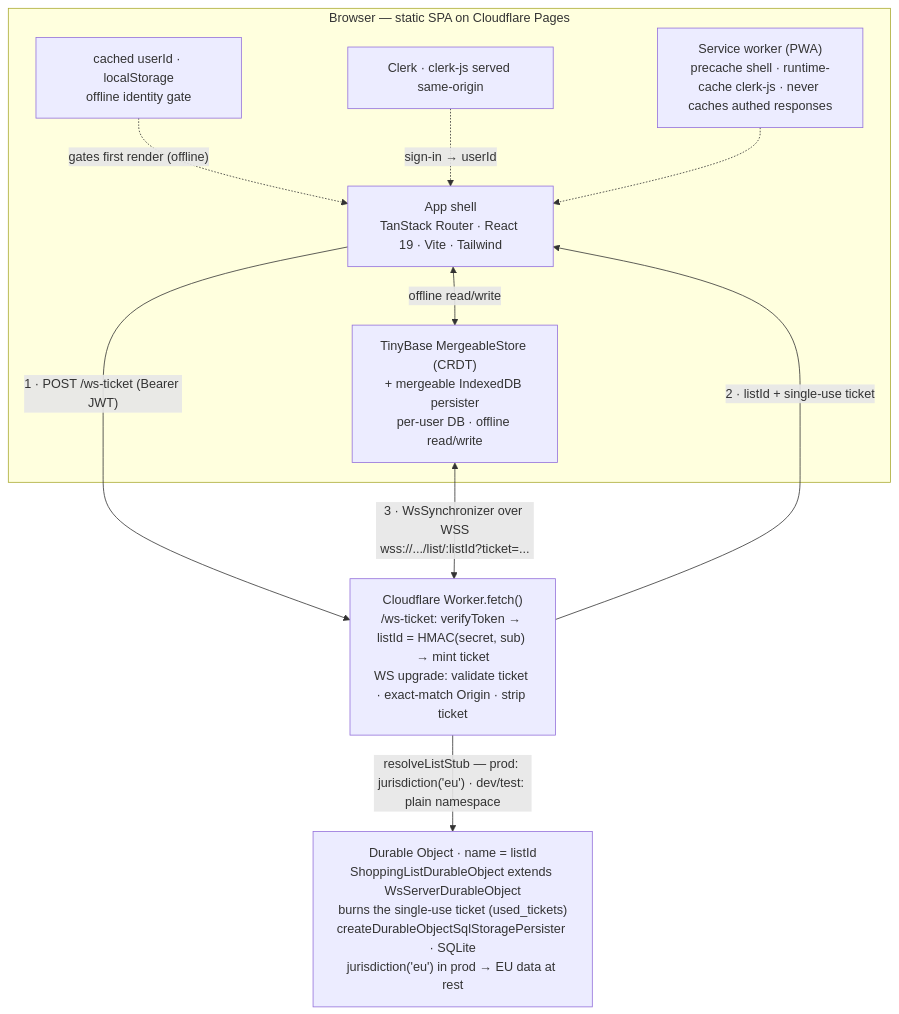
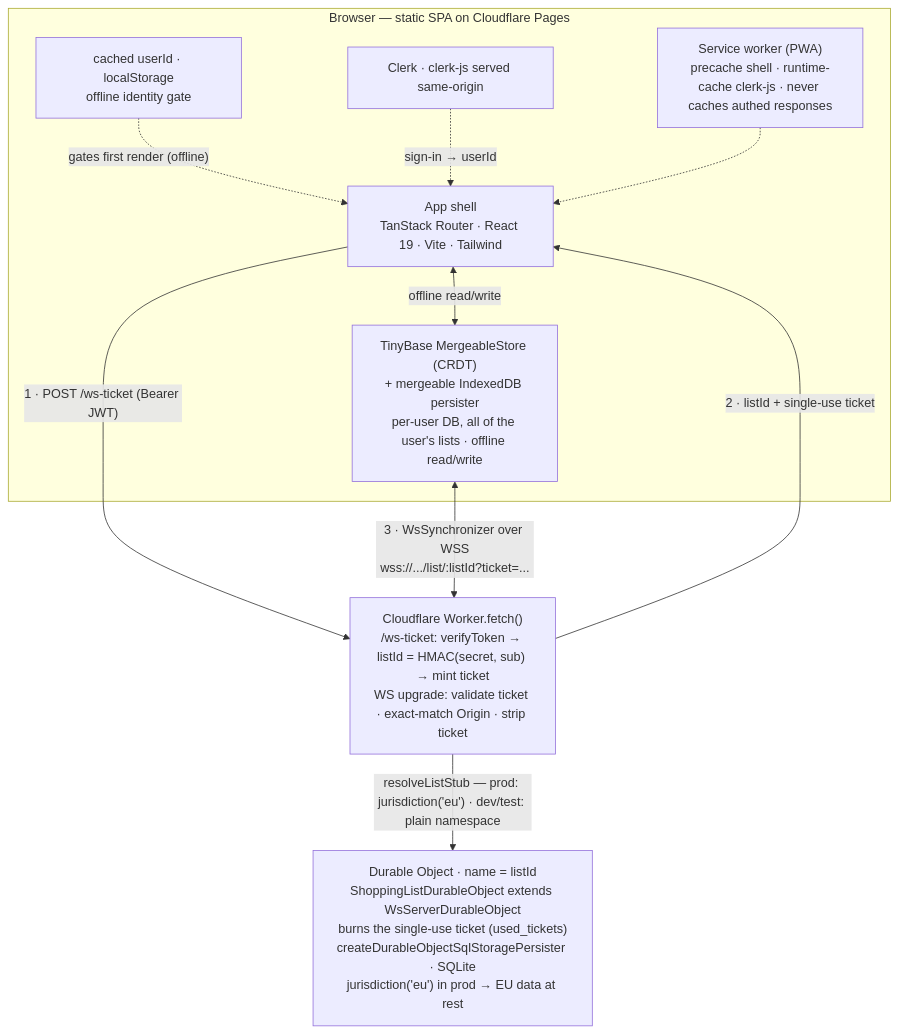
The diagram in docs/explanation/architecture.md (e-krebs/coche), drawn with Mermaid before and after one commit. The commit also changed other lines of this file and 37 other files, not shown here.

First line of the commit message:
feat(lists): support multiple lists per user (#7)

````diff
--- a/docs/explanation/architecture.md
+++ b/docs/explanation/architecture.md
@@ -34,22 +34,22 @@
 ```mermaid
 flowchart TB
   subgraph browser["Browser — static SPA on Cloudflare Pages"]
     spa["App shell<br/>TanStack Router · React 19 · Vite · Tailwind"]
-    store["TinyBase MergeableStore (CRDT)<br/>+ mergeable IndexedDB persister<br/>per-user DB · offline read/write"]
+    store["TinyBase MergeableStore (CRDT)<br/>+ mergeable IndexedDB persister<br/>per-user DB, all of the user's lists · offline read/write"]
     ident["cached userId · localStorage<br/>offline identity gate"]
     clerk["Clerk · clerk-js served same-origin"]
     sw["Service worker (PWA)<br/>precache shell · runtime-cache clerk-js · never caches authed responses"]
     spa <-->|"offline read/write"| store
     ident -.->|"gates first render (offline)"| spa
     clerk -.->|"sign-in → userId"| spa
     sw -.-> spa
   end
 
   worker["Cloudflare Worker.fetch()<br/>/ws-ticket: verifyToken → listId = HMAC(secret, sub) → mint ticket<br/>WS upgrade: validate ticket · exact-match Origin · strip ticket"]
   do["Durable Object · name = listId<br/>ShoppingListDurableObject extends WsServerDurableObject<br/>burns the single-use ticket (used_tickets)<br/>createDurableObjectSqlStoragePersister · SQLite<br/>jurisdiction('eu') in prod → EU data at rest"]
 
   spa -->|"1 · POST /ws-ticket (Bearer JWT)"| worker
   worker -->|"2 · listId + single-use ticket"| spa
   store <-->|"3 · WsSynchronizer over WSS<br/>wss://.../list/:listId?ticket=..."| worker
   worker -->|"resolveListStub — prod: jurisdiction('eu') · dev/test: plain namespace"| do
 ```
````
